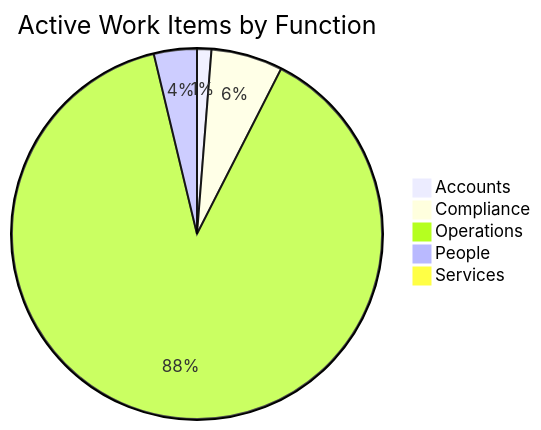
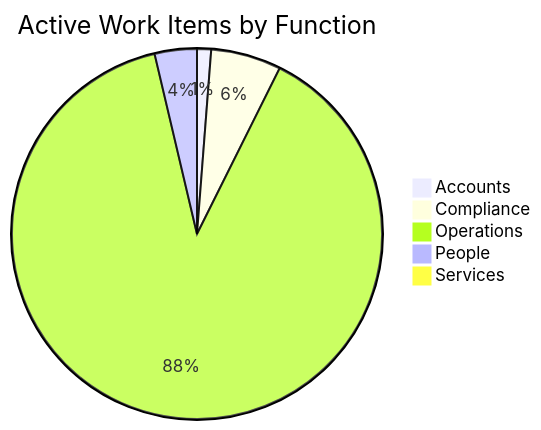
One commit to mgosal/5et.uk changed the first of 3 diagrams in dashboard.md. Above: the diagram before and after it, drawn with Mermaid. The commit also changed other lines of this file and 6 other files, not shown here.

````diff
--- a/dashboard.md
+++ b/dashboard.md
@@ -219,8 +332,8 @@
 ```mermaid
 pie title Active Work Items by Function
     "Accounts" : 2
     "Compliance" : 10
-    "Operations" : 142
+    "Operations" : 145
     "People" : 6
     "Services" : 1
 ```
````
